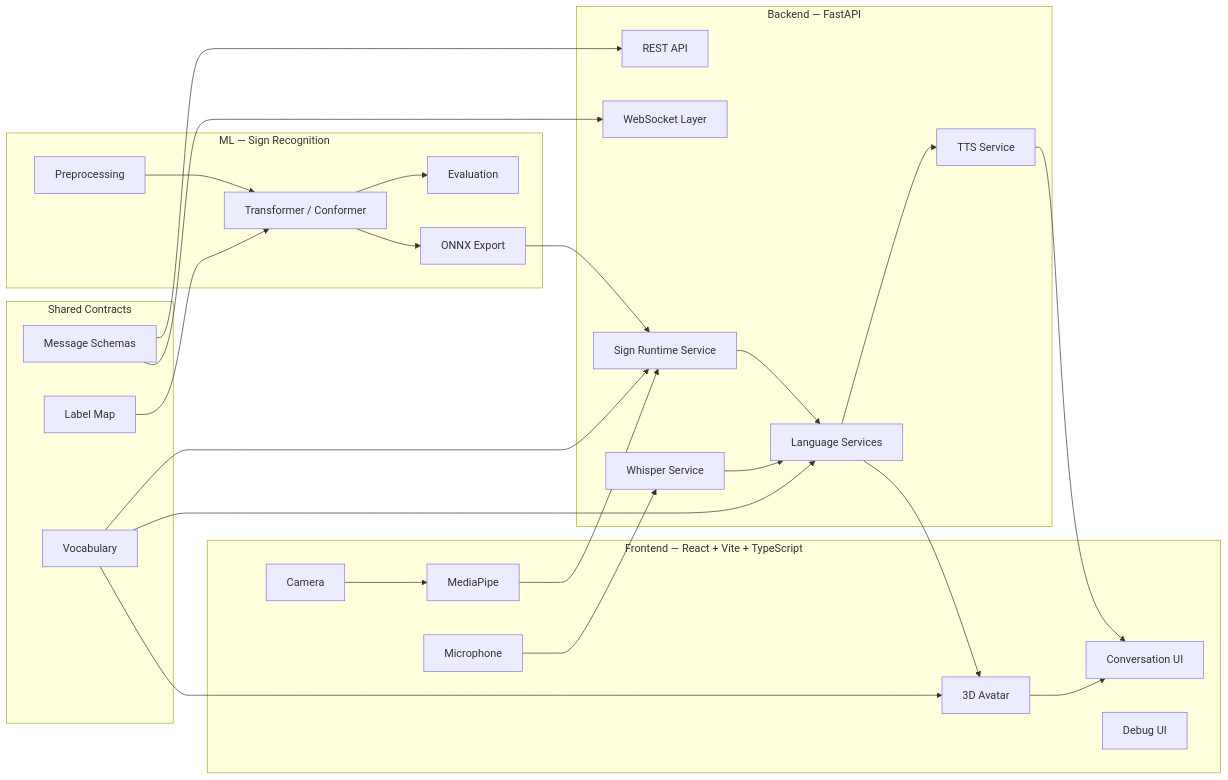
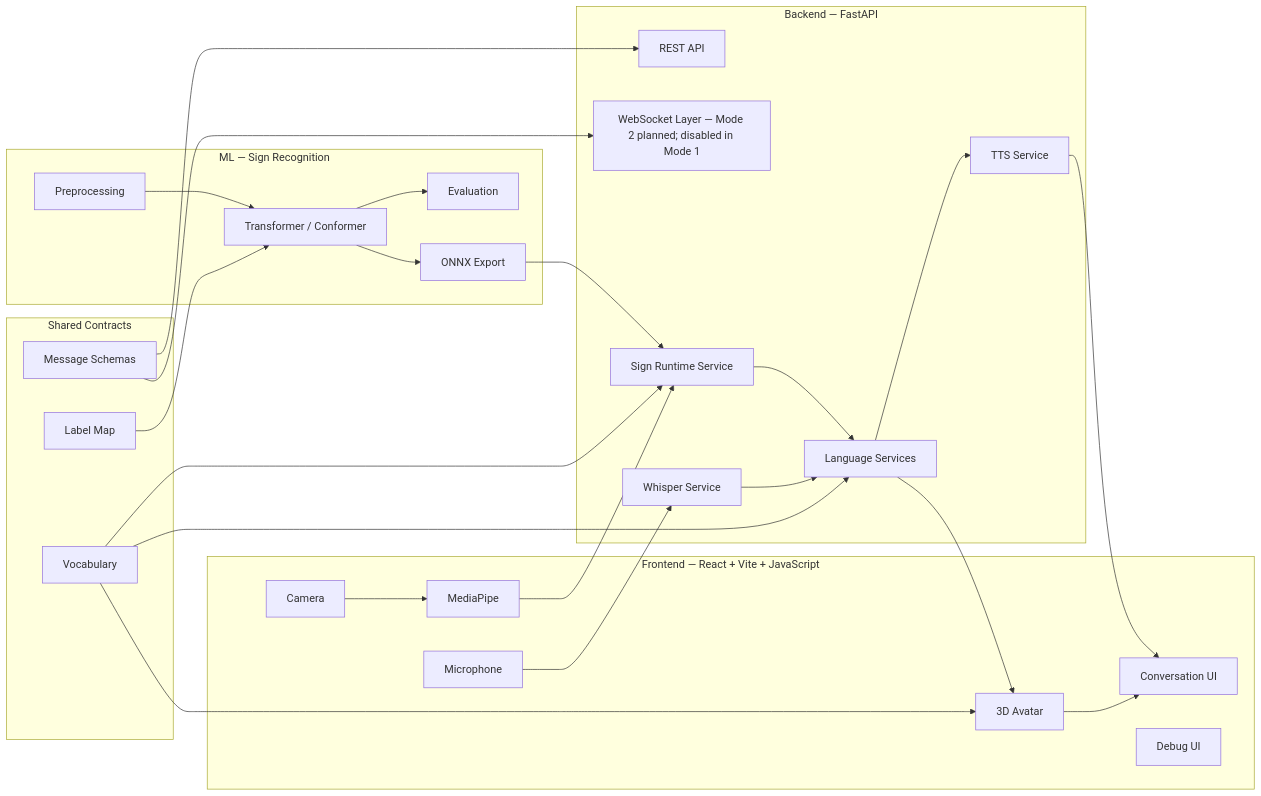
One commit to Swayamjain1240/Voxis changed the diagram in docs/architecture/system-architecture.md. Above: the diagram before and after it, drawn with Mermaid. The commit also changed other lines of this file and 93 other files, not shown here.

````diff
--- a/docs/architecture/system-architecture.md
+++ b/docs/architecture/system-architecture.md
@@ -29,56 +52,56 @@
 ```mermaid
 flowchart LR
-    subgraph FE["Frontend — React + Vite + TypeScript"]
+    subgraph FE["Frontend — React + Vite + JavaScript"]
         CAM["Camera"]
         MP["MediaPipe"]
         MIC["Microphone"]
         AV["3D Avatar"]
         UI["Conversation UI"]
         DBG["Debug UI"]
     end
 
     subgraph BE["Backend — FastAPI"]
         API["REST API"]
-        WS["WebSocket Layer"]
+        WS["WebSocket Layer — Mode 2 planned; disabled in Mode 1"]
         LANG["Language Services"]
         STT["Whisper Service"]
         TTS["TTS Service"]
         SIGNRT["Sign Runtime Service"]
     end
 
     subgraph ML["ML — Sign Recognition"]
         PRE["Preprocessing"]
         MODEL["Transformer / Conformer"]
         EVAL["Evaluation"]
         ONNX["ONNX Export"]
     end
 
     subgraph SHARED["Shared Contracts"]
         VOC["Vocabulary"]
         LABELS["Label Map"]
         SCHEMAS["Message Schemas"]
     end
 
     CAM --> MP
     MP --> SIGNRT
     SIGNRT --> LANG
     LANG --> TTS
     TTS --> UI
 
     MIC --> STT
     STT --> LANG
     LANG --> AV
     AV --> UI
 
     PRE --> MODEL
     MODEL --> EVAL
     MODEL --> ONNX
     ONNX --> SIGNRT
 
     VOC --> SIGNRT
     VOC --> LANG
     VOC --> AV
     LABELS --> MODEL
     SCHEMAS --> API
     SCHEMAS --> WS
 ```
````
